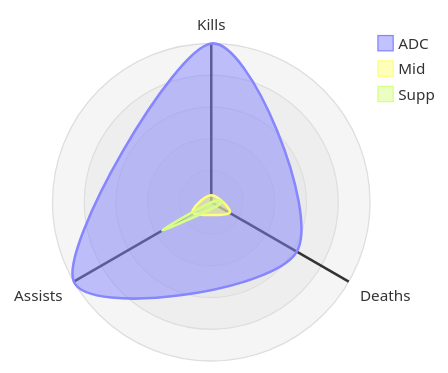
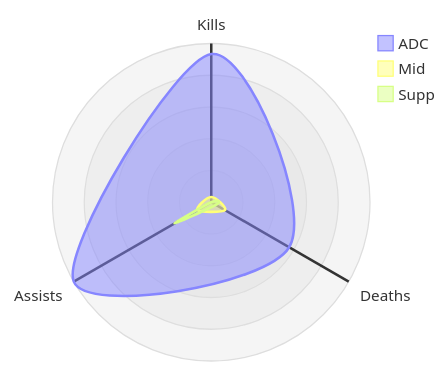
The second of 4 diagrams in docs/gaming/wild-rift.md (flowinho/zensical-website), drawn with Mermaid before and after one commit. The commit also changed other lines of this file, not shown here.

````diff
--- a/docs/gaming/wild-rift.md
+++ b/docs/gaming/wild-rift.md
@@ -63,16 +63,16 @@
 ```mermaid
 ---
 config:
   radar:
     width: 250
     height: 250
 ---
 radar-beta
   axis k["Kills"], d["Deaths"], a["Assists"]
-  curve a["ADC"]{48, 28, 54}
+  curve a["ADC"]{56, 34, 60}
   curve m["Mid"]{2, 6, 6}
   curve s["Supp"]{0, 2, 16}
 
-  max 45
+  max 60
   min 0
 ```
````
